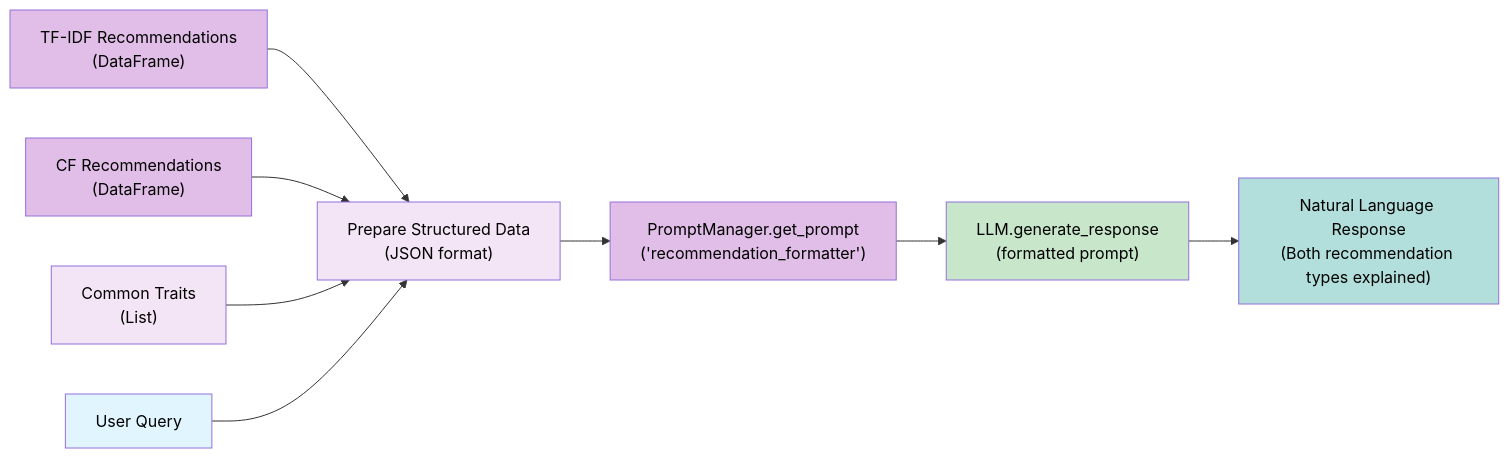
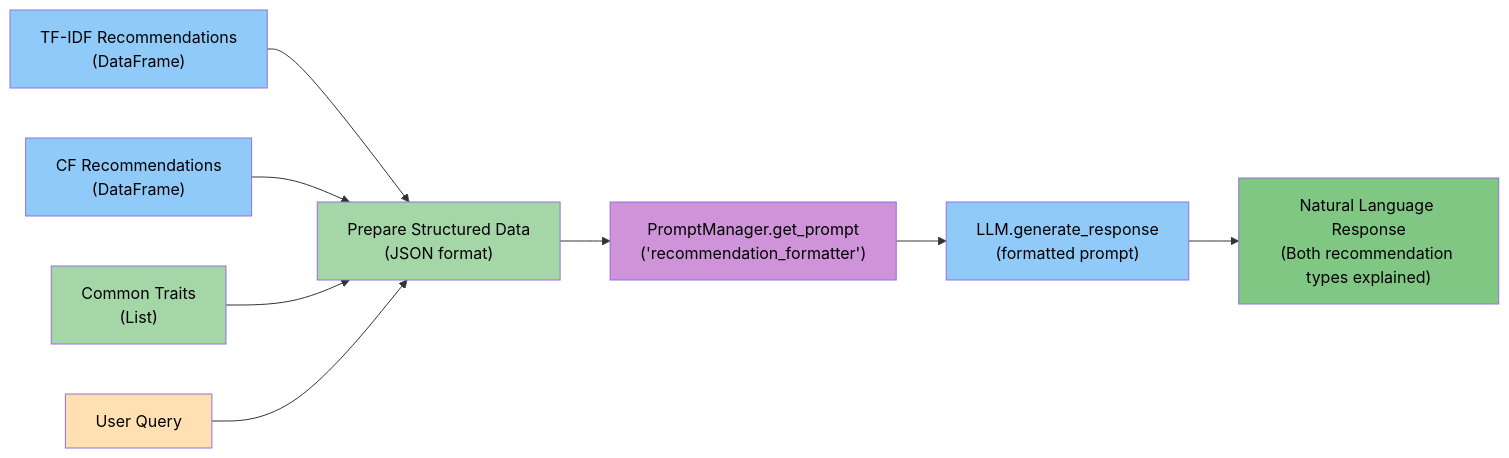
Before and after one commit to schneialexan/atai-chatbot: the eighth of 9 diagrams in README.md, drawn with Mermaid. The commit also changed other lines of this file, not shown here.

Commit message:
changed styling of graphs

````diff
--- a/README.md
+++ b/README.md
@@ -571,20 +616,20 @@
 ```mermaid
 graph LR
     A["TF-IDF Recommendations<br>(DataFrame)"] --> C["Prepare Structured Data<br>(JSON format)"]
     B["CF Recommendations<br>(DataFrame)"] --> C
     D["Common Traits<br>(List)"] --> C
     E["User Query"] --> C
     
     C --> F["PromptManager.get_prompt<br>('recommendation_formatter')"]
     F --> G["LLM.generate_response<br>(formatted prompt)"]
     G --> H["Natural Language Response<br>(Both recommendation types explained)"]
     
-    style A fill:#e1bee7,color:#000000
-    style B fill:#e1bee7,color:#000000
-    style D fill:#f3e5f5,color:#000000
-    style E fill:#e1f5fe,color:#000000
-    style C fill:#f3e5f5,color:#000000
-    style F fill:#e1bee7,color:#000000
-    style G fill:#c8e6c9,color:#000000
-    style H fill:#b2dfdb,color:#000000
+    style A fill:#90CAF9,color:#000000
+    style B fill:#90CAF9,color:#000000
+    style D fill:#A5D6A7,color:#000000
+    style E fill:#FFE0B2,color:#000000
+    style C fill:#A5D6A7,color:#000000
+    style F fill:#CE93D8,color:#000000
+    style G fill:#90CAF9,color:#000000
+    style H fill:#81C784,color:#000000
 ```
````
